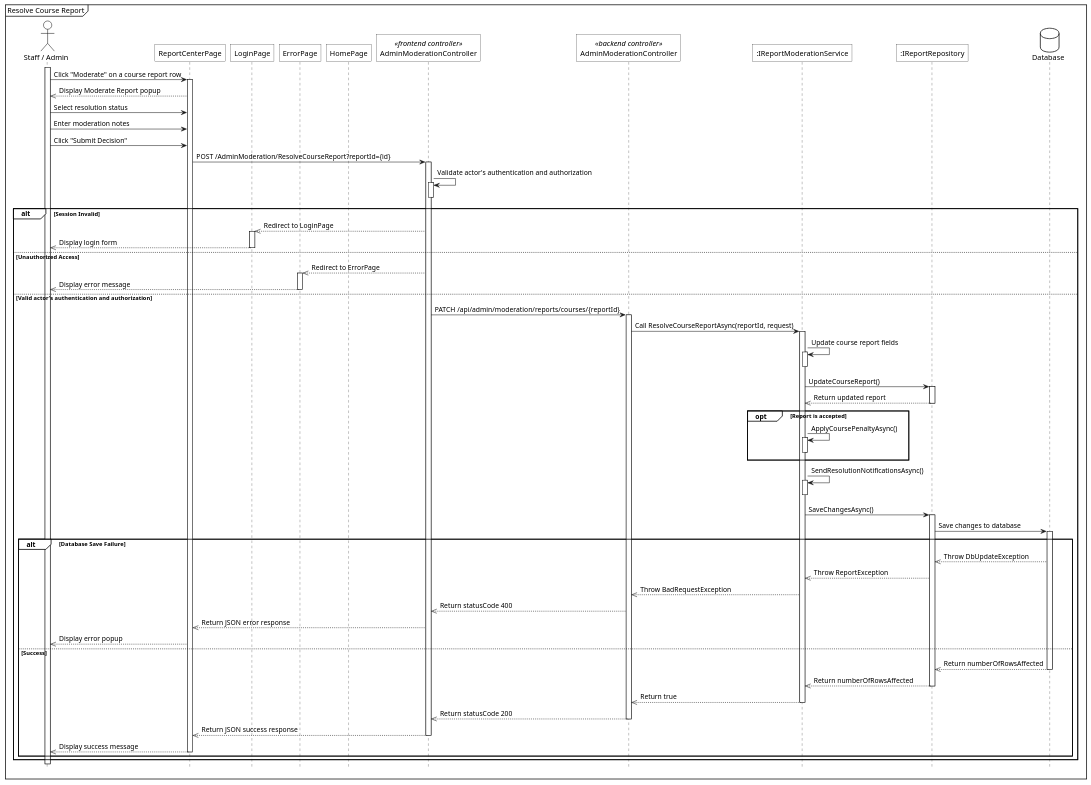
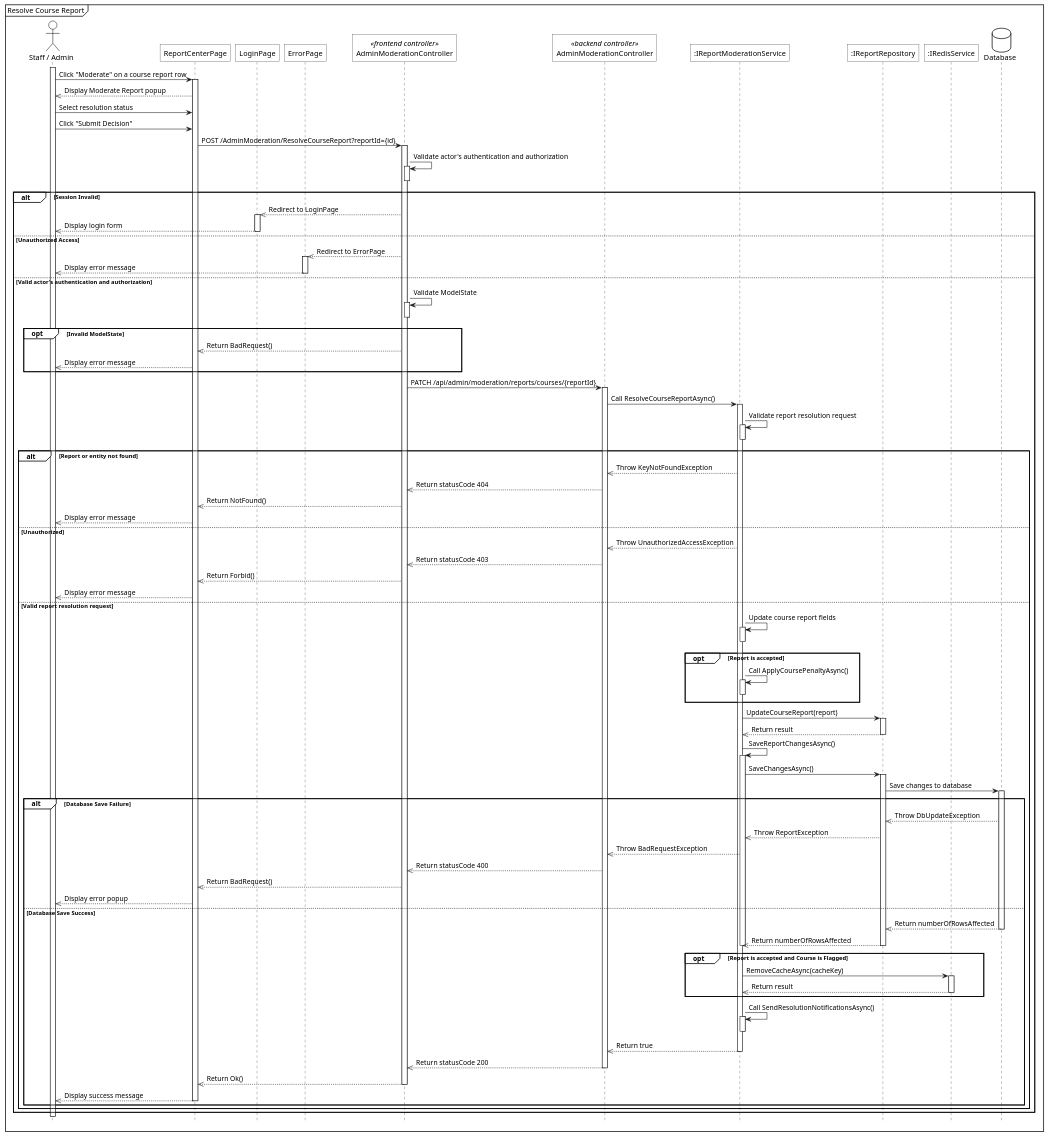
One commit to 1000do/Linked changed the diagram in .agents/skills/plantuml_sequence_diagram/references/sq_resolve_course_report.plantuml. Above: the diagram before and after it, drawn with PlantUML. The commit also changed 73 other files, not shown here.

Commit message:
update skill sequence, test, sửa lỗi hiển thị nhầm lỗi khi login failed - update sq and test for reports, ai-models - acc bị ban thì hiện thông báo acc bị ban tới ngày nào - update use case specs 009 và 015

```diff
--- a/.agents/skills/plantuml_sequence_diagram/references/sq_resolve_course_report.plantuml
+++ b/.agents/skills/plantuml_sequence_diagram/references/sq_resolve_course_report.plantuml
@@ -1,100 +1,130 @@
 @startuml 
 <style>
     sequenceDiagram{
         actor{
             BackgroundColor white
             LineThickness 1.0
         }
         participant{
             BackgroundColor white
             RoundCorner 0
         }
         database{
             BackgroundColor white
         }
         groupHeader{
             BackgroundColor white
         }
         referenceHeader{
             BackgroundColor white
         }
         reference{
             BackgroundColor white
         }
     }
 </style>
 
 hide footbox
 mainframe Resolve Course Report
 
 actor "Staff / Admin" as act
 participant "ReportCenterPage" as view
 participant "LoginPage" as login_view
 participant "ErrorPage" as error_view
-participant "HomePage" as home_view
 participant "AdminModerationController" as fe_ctrl <<frontend controller>>
 participant "AdminModerationController" as be_ctrl <<backend controller>>
 participant ":IReportModerationService" as sv
 participant ":IReportRepository" as repo
+participant ":IRedisService" as redis
 database Database as db
 
 act ++
 act -> view++: Click "Moderate" on a course report row
 view -->> act: Display Moderate Report popup
 act -> view: Select resolution status
-act -> view: Enter moderation notes
 act -> view: Click "Submit Decision"
 
 view -> fe_ctrl++: POST /AdminModeration/ResolveCourseReport?reportId={id}
 
 fe_ctrl -> fe_ctrl++: Validate actor's authentication and authorization
 fe_ctrl--
 
 alt Session Invalid
     fe_ctrl -->> login_view: Redirect to LoginPage
     activate login_view
     login_view -->> act--: Display login form
 else Unauthorized Access
     fe_ctrl -->> error_view: Redirect to ErrorPage
     activate error_view
     error_view -->> act--: Display error message
 else Valid actor's authentication and authorization
+    fe_ctrl -> fe_ctrl++: Validate ModelState
+    fe_ctrl--
+
+    opt Invalid ModelState
+        fe_ctrl -->> view: Return BadRequest()
+        view -->> act: Display error message
+    end
+
     fe_ctrl -> be_ctrl++: PATCH /api/admin/moderation/reports/courses/{reportId}
-    
-    be_ctrl -> sv++: Call ResolveCourseReportAsync(reportId, request)
-    
-    sv->sv++: Update course report fields
+
+    be_ctrl -> sv++: Call ResolveCourseReportAsync()
+
+    sv -> sv++: Validate report resolution request
     sv--
 
-    sv -> repo++: UpdateCourseReport()
-    repo -->> sv--: Return updated report
-    
+    alt Report or entity not found
+        sv -->> be_ctrl: Throw KeyNotFoundException
+        be_ctrl -->> fe_ctrl: Return statusCode 404
+        fe_ctrl -->> view: Return NotFound()
+        view -->> act: Display error message
+    else Unauthorized
+        sv -->> be_ctrl: Throw UnauthorizedAccessException
+        be_ctrl -->> fe_ctrl: Return statusCode 403
+        fe_ctrl -->> view: Return Forbid()
+        view -->> act: Display error message
+    else Valid report resolution request
+        sv -> sv++: Update course report fields
+        sv--
+
     opt Report is accepted
-    sv -> sv++: ApplyCoursePenaltyAsync()
-    sv--
+        sv -> sv++: Call ApplyCoursePenaltyAsync()
+        sv--
     end
-    sv -> sv++: SendResolutionNotificationsAsync()
-    sv--
-    
+
+    sv -> repo++: UpdateCourseReport(report)
+    repo -->> sv--: Return result
+
+    sv -> sv++: SaveReportChangesAsync()
     sv -> repo++: SaveChangesAsync()
     repo -> db++: Save changes to database
-    
+
     alt Database Save Failure
         db -->> repo: Throw DbUpdateException
         repo -->> sv: Throw ReportException
         sv -->> be_ctrl: Throw BadRequestException
         be_ctrl -->> fe_ctrl: Return statusCode 400
-        fe_ctrl -->> view: Return JSON error response
+        fe_ctrl -->> view: Return BadRequest()
         view -->> act: Display error popup
-    else Success
+    else Database Save Success
         db -->> repo--: Return numberOfRowsAffected
         repo -->> sv--: Return numberOfRowsAffected
-        
+        sv--
+
+        opt Report is accepted and Course is Flagged
+            sv -> redis++: RemoveCacheAsync(cacheKey)
+            redis -->> sv--: Return result
+        end
+
+        sv -> sv++: Call SendResolutionNotificationsAsync()
+        sv--
+
         sv -->> be_ctrl--: Return true
         be_ctrl -->> fe_ctrl--: Return statusCode 200
-        fe_ctrl -->> view--: Return JSON success response
-        
+        fe_ctrl -->> view--: Return Ok()
+
         view -->> act--: Display success message
+        end
     end
 end
 @enduml
```
